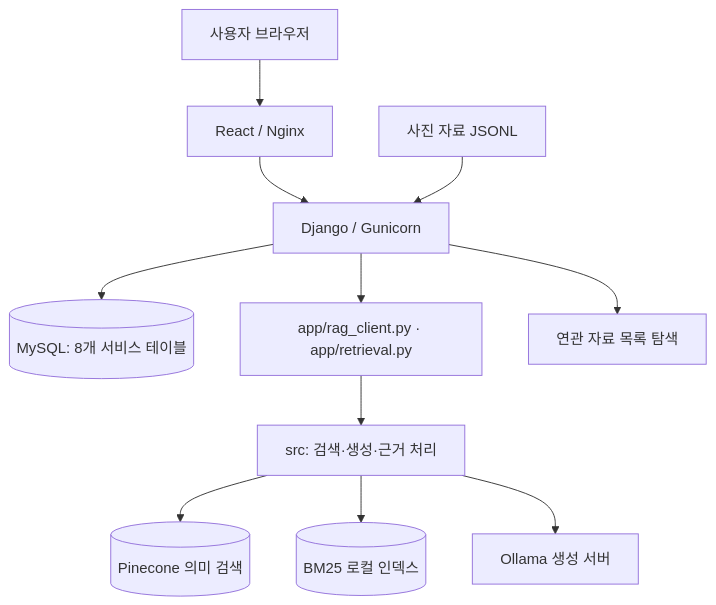
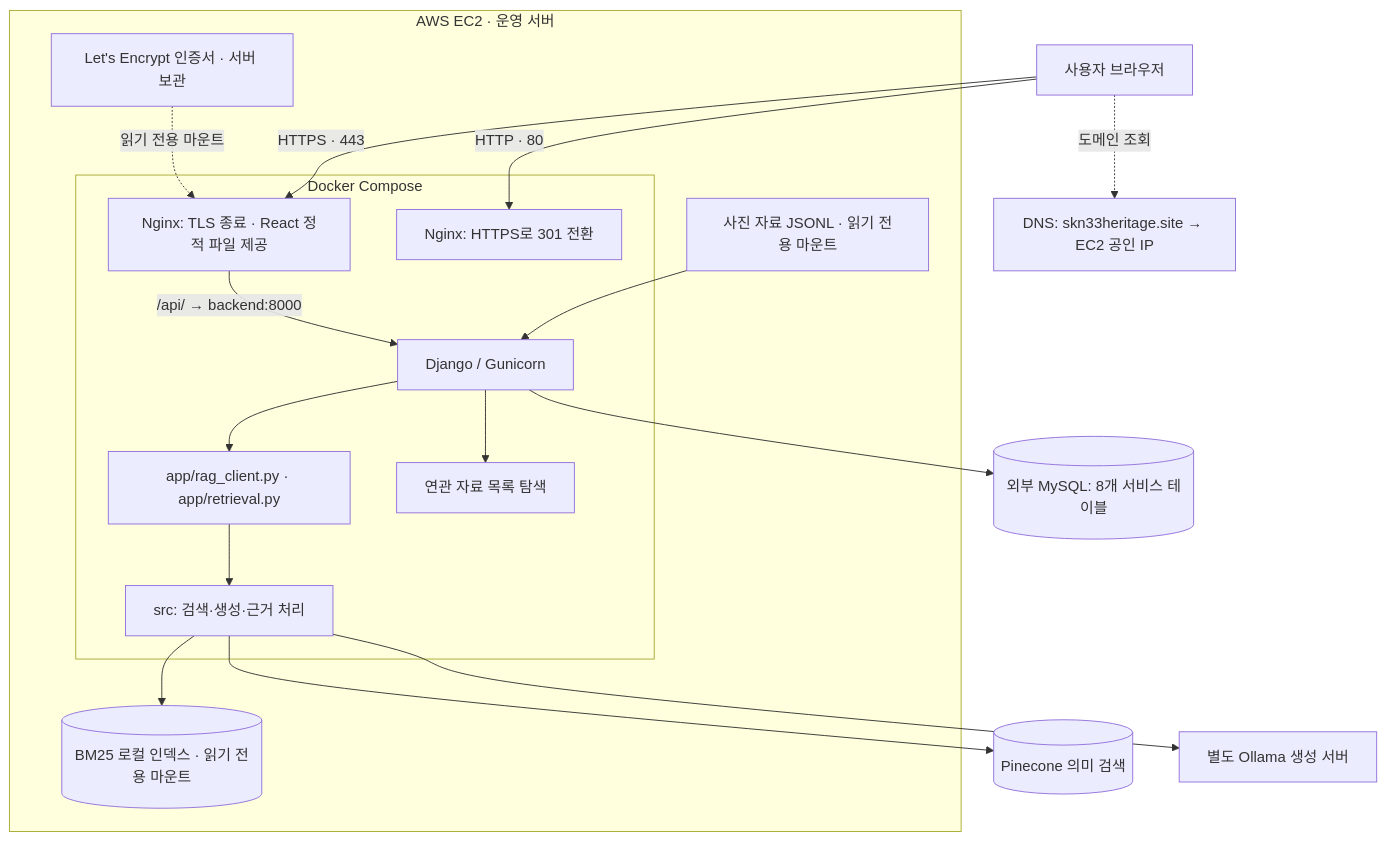
Before and after one commit to SpicyAutumn/SKN33-4th-1Team: the first of 4 diagrams in docs/deliverables/03_architecture.md, drawn with Mermaid. The commit also changed other lines of this file and 1 other file, not shown here.

Commit message:
docs: add AWS and domain routing to system architecture

````diff
--- a/docs/deliverables/03_architecture.md
+++ b/docs/deliverables/03_architecture.md
@@ -5,13 +5,22 @@
 ```mermaid
 flowchart TB
-    U["사용자 브라우저"] --> WEB["React / Nginx"]
-    WEB --> API["Django / Gunicorn"]
-    API --> DB[("MySQL: 8개 서비스 테이블")]
+    U["사용자 브라우저"] -. "도메인 조회" .-> DNS["DNS: skn33heritage.site → EC2 공인 IP"]
+    U -->|"HTTPS · 443"| WEB
+    U -->|"HTTP · 80"| REDIRECT
+    subgraph EC2["AWS EC2 · 운영 서버"]
+    subgraph COMPOSE["Docker Compose"]
+    REDIRECT["Nginx: HTTPS로 301 전환"]
+    WEB["Nginx: TLS 종료 · React 정적 파일 제공"]
+    WEB -->|"/api/ → backend:8000"| API["Django / Gunicorn"]
     API --> BRIDGE["app/rag_client.py · app/retrieval.py"]
     BRIDGE --> CORE["src: 검색·생성·근거 처리"]
+    API --> REC["연관 자료 목록 탐색"]
+    end
+    CERT["Let's Encrypt 인증서 · 서버 보관"] -. "읽기 전용 마운트" .-> WEB
+    CORE --> BM25[("BM25 로컬 인덱스 · 읽기 전용 마운트")]
+    MEDIA["사진 자료 JSONL · 읽기 전용 마운트"] --> API
+    end
+    API --> DB[("외부 MySQL: 8개 서비스 테이블")]
     CORE --> VECTOR[("Pinecone 의미 검색")]
-    CORE --> BM25[("BM25 로컬 인덱스")]
-    CORE --> LLM["Ollama 생성 서버"]
-    MEDIA["사진 자료 JSONL"] --> API
-    API --> REC["연관 자료 목록 탐색"]
+    CORE --> LLM["별도 Ollama 생성 서버"]
 ```
````
